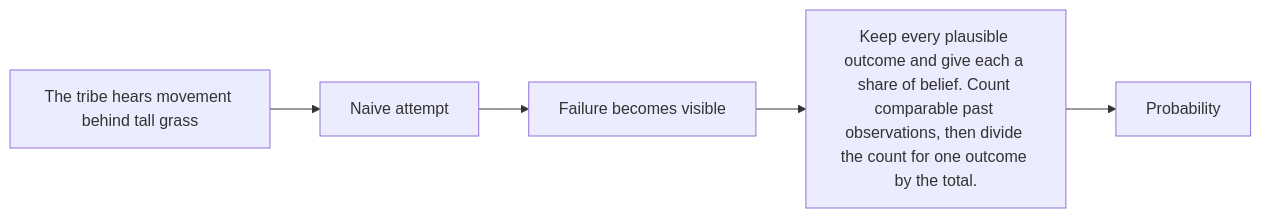
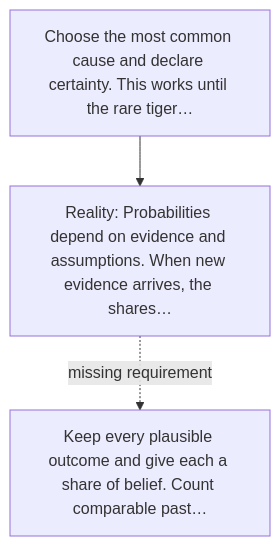
Before and after one commit to kleem-labs/AI-Archaeology: the diagram in excavations/017-probability/diagram.md, drawn with Mermaid. The commit also changed other lines of this file and 288 other files, not shown here.

````diff
--- a/excavations/017-probability/diagram.md
+++ b/excavations/017-probability/diagram.md
@@ -3,7 +5,5 @@
-~~~mermaid
-flowchart LR
- A["The tribe hears movement behind tall grass"] --> B["Naive attempt"]
- B --> C["Failure becomes visible"]
- C --> D["Keep every plausible outcome and give each a share of belief. Count comparable past observations, then divide the count for one outcome by the total."]
- D --> E["Probability"]
-~~~
+```mermaid
+flowchart TD
+    A["Choose the most common cause and declare certainty. This works until the rare tiger…"] --> B["Reality: Probabilities depend on evidence and assumptions. When new evidence arrives, the shares…"]
+    B -. "missing requirement" .-> C["Keep every plausible outcome and give each a share of belief. Count comparable past…"]
+```
````
